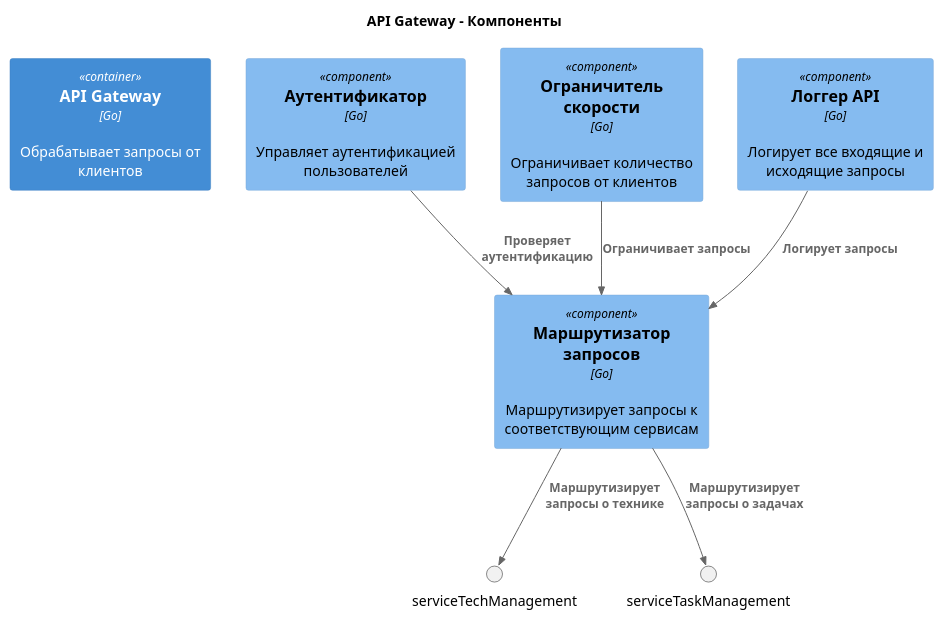
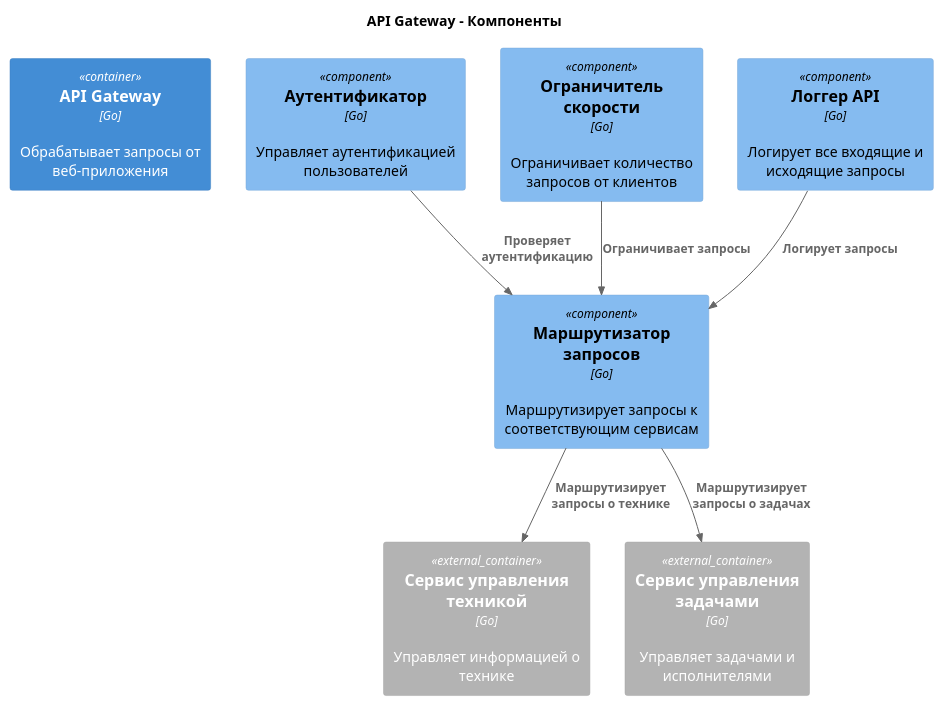
The diagram in diagrams/component-gateway-c4.puml (artmexbet/TechnoPlanner), drawn with PlantUML before and after one commit. The commit also changed 4 other files, not shown here.

```diff
--- a/diagrams/component-gateway-c4.puml
+++ b/diagrams/component-gateway-c4.puml
@@ -1,21 +1,25 @@
 @startuml
 !include https://raw.githubusercontent.com/plantuml-stdlib/C4-PlantUML/master/C4_Component.puml
 
 ' Диаграмма компонентов для API Gateway
 LAYOUT_TOP_DOWN()
 title API Gateway - Компоненты
 
-Container(apiGateway, "API Gateway", "Go", "Обрабатывает запросы от клиентов")
+Container(apiGateway, "API Gateway", "Go", "Обрабатывает запросы от веб-приложения")
 
 Component(authenticator, "Аутентификатор", "Go", "Управляет аутентификацией пользователей")
 Component(requestRouter, "Маршрутизатор запросов", "Go", "Маршрутизирует запросы к соответствующим сервисам")
 Component(rateLimiter, "Ограничитель скорости", "Go", "Ограничивает количество запросов от клиентов")
 Component(apiLogger, "Логгер API", "Go", "Логирует все входящие и исходящие запросы")
+
+' Внешние сервисы как контейнеры для понятных связей
+Container_Ext(serviceTechManagement, "Сервис управления техникой", "Go", "Управляет информацией о технике")
+Container_Ext(serviceTaskManagement, "Сервис управления задачами", "Go", "Управляет задачами и исполнителями")
 
 Rel(authenticator, requestRouter, "Проверяет аутентификацию")
 Rel(requestRouter, serviceTechManagement, "Маршрутизирует запросы о технике")
 Rel(requestRouter, serviceTaskManagement, "Маршрутизирует запросы о задачах")
 Rel(rateLimiter, requestRouter, "Ограничивает запросы")
 Rel(apiLogger, requestRouter, "Логирует запросы")
 
 @enduml
```
